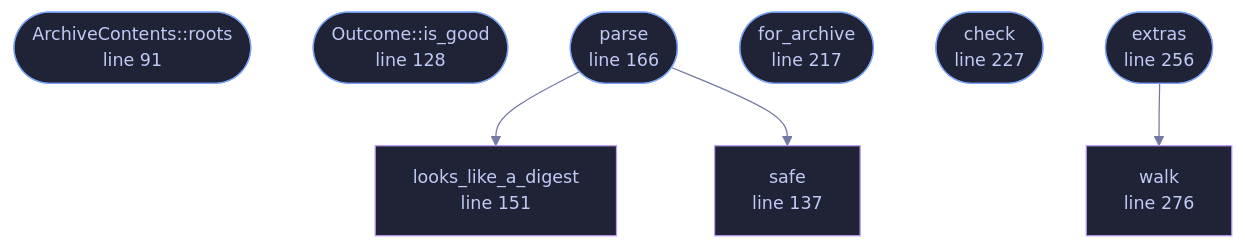
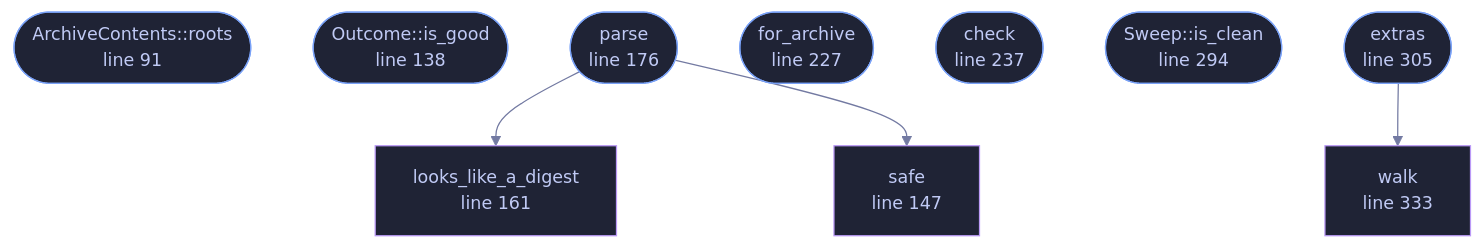
The diagram in docs/files/veilvoice-check/contents.md (tilas01/veilvoice), drawn with Mermaid before and after one commit. The commit also changed other lines of this file and 46 other files, not shown here.

````diff
--- a/docs/files/veilvoice-check/contents.md
+++ b/docs/files/veilvoice-check/contents.md
@@ -122,29 +124,31 @@
 ```mermaid
 %%{init: {"theme":"base","themeVariables":{"background":"#1a1b26","primaryColor":"#1f2335","primaryTextColor":"#c0caf5","primaryBorderColor":"#7aa2f7","secondaryColor":"#16161e","tertiaryColor":"#16161e","lineColor":"#737aa2","textColor":"#c0caf5","mainBkg":"#1f2335","nodeBorder":"#7aa2f7","clusterBkg":"#16161e","clusterBorder":"#2f3549","fontFamily":"ui-monospace, SFMono-Regular, Consolas, monospace","fontSize":"14px"}}}%%
 flowchart TD
     n_roots(["ArchiveContents::roots<br/>line 91"])
-    n_is_good(["Outcome::is_good<br/>line 128"])
-    n_safe["safe<br/>line 137"]
-    n_looks_like_a_digest["looks_like_a_digest<br/>line 151"]
-    n_parse(["parse<br/>line 166"])
-    n_for_archive(["for_archive<br/>line 217"])
-    n_check(["check<br/>line 227"])
-    n_extras(["extras<br/>line 256"])
-    n_walk["walk<br/>line 276"]
+    n_is_good(["Outcome::is_good<br/>line 138"])
+    n_safe["safe<br/>line 147"]
+    n_looks_like_a_digest["looks_like_a_digest<br/>line 161"]
+    n_parse(["parse<br/>line 176"])
+    n_for_archive(["for_archive<br/>line 227"])
+    n_check(["check<br/>line 237"])
+    n_is_clean(["Sweep::is_clean<br/>line 294"])
+    n_extras(["extras<br/>line 305"])
+    n_walk["walk<br/>line 333"]
     n_extras --> n_walk
     n_parse --> n_looks_like_a_digest
     n_parse --> n_safe
     click n_roots href "https://github.com/tilas01/veilvoice/blob/main/crates/veilvoice-check/src/contents.rs#L91" "open the source"
-    click n_is_good href "https://github.com/tilas01/veilvoice/blob/main/crates/veilvoice-check/src/contents.rs#L128" "open the source"
-    click n_safe href "https://github.com/tilas01/veilvoice/blob/main/crates/veilvoice-check/src/contents.rs#L137" "open the source"
-    click n_looks_like_a_digest href "https://github.com/tilas01/veilvoice/blob/main/crates/veilvoice-check/src/contents.rs#L151" "open the source"
-    click n_parse href "https://github.com/tilas01/veilvoice/blob/main/crates/veilvoice-check/src/contents.rs#L166" "open the source"
-    click n_for_archive href "https://github.com/tilas01/veilvoice/blob/main/crates/veilvoice-check/src/contents.rs#L217" "open the source"
-    click n_check href "https://github.com/tilas01/veilvoice/blob/main/crates/veilvoice-check/src/contents.rs#L227" "open the source"
-    click n_extras href "https://github.com/tilas01/veilvoice/blob/main/crates/veilvoice-check/src/contents.rs#L256" "open the source"
-    click n_walk href "https://github.com/tilas01/veilvoice/blob/main/crates/veilvoice-check/src/contents.rs#L276" "open the source"
+    click n_is_good href "https://github.com/tilas01/veilvoice/blob/main/crates/veilvoice-check/src/contents.rs#L138" "open the source"
+    click n_safe href "https://github.com/tilas01/veilvoice/blob/main/crates/veilvoice-check/src/contents.rs#L147" "open the source"
+    click n_looks_like_a_digest href "https://github.com/tilas01/veilvoice/blob/main/crates/veilvoice-check/src/contents.rs#L161" "open the source"
+    click n_parse href "https://github.com/tilas01/veilvoice/blob/main/crates/veilvoice-check/src/contents.rs#L176" "open the source"
+    click n_for_archive href "https://github.com/tilas01/veilvoice/blob/main/crates/veilvoice-check/src/contents.rs#L227" "open the source"
+    click n_check href "https://github.com/tilas01/veilvoice/blob/main/crates/veilvoice-check/src/contents.rs#L237" "open the source"
+    click n_is_clean href "https://github.com/tilas01/veilvoice/blob/main/crates/veilvoice-check/src/contents.rs#L294" "open the source"
+    click n_extras href "https://github.com/tilas01/veilvoice/blob/main/crates/veilvoice-check/src/contents.rs#L305" "open the source"
+    click n_walk href "https://github.com/tilas01/veilvoice/blob/main/crates/veilvoice-check/src/contents.rs#L333" "open the source"
     classDef entry fill:#1f2335,stroke:#7aa2f7,color:#c0caf5
-    class n_roots,n_is_good,n_parse,n_for_archive,n_check,n_extras entry
+    class n_roots,n_is_good,n_parse,n_for_archive,n_check,n_is_clean,n_extras entry
     classDef helper fill:#1f2335,stroke:#bb9af7,color:#c0caf5
     class n_safe,n_looks_like_a_digest,n_walk helper
 ```
````
